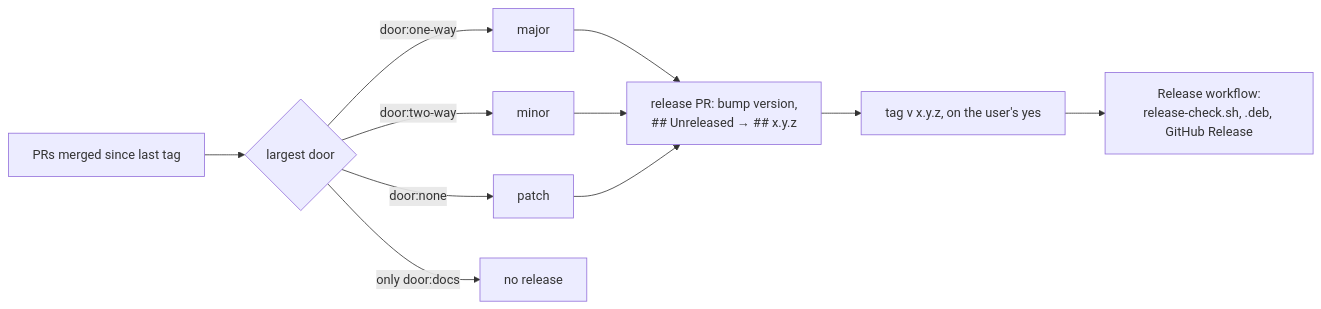
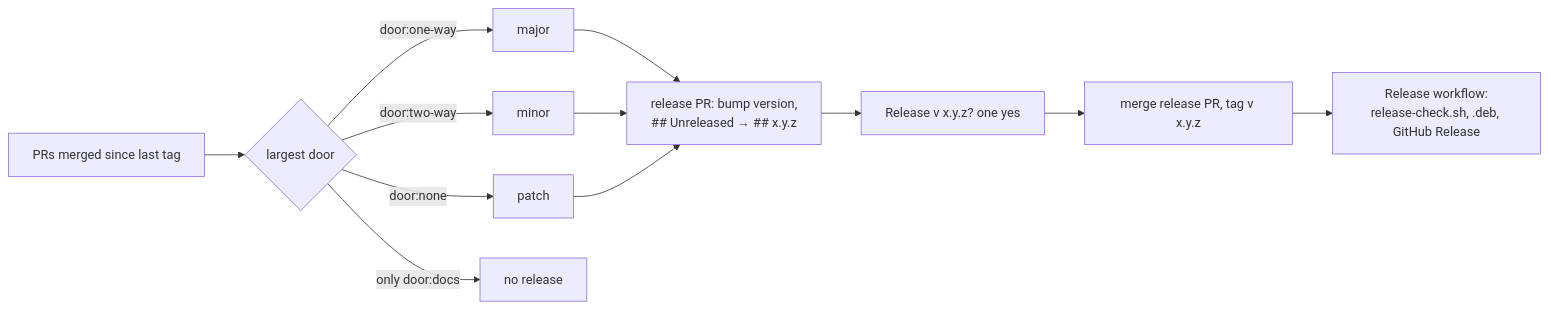
Before and after one commit to Sherlock64/zeni: the fifth of 5 diagrams in docs/workflow.md, drawn with Mermaid. The commit also changed other lines of this file and 23 other files, not shown here.

Commit message:
#208: guides: verifier inside Build, Merge rule 7, evidence branch, run log helper, models per row, dispatcher model check, digest then Learn at shutdown, one Release ask, quoted Shape yes

````diff
--- a/docs/workflow.md
+++ b/docs/workflow.md
@@ -68,9 +67,9 @@
 ```mermaid
 flowchart LR
   M["PRs merged since last tag"] --> D{"largest door"}
   D -- "door:one-way" --> Maj["major"]
   D -- "door:two-way" --> Min["minor"]
   D -- "door:none" --> Pat["patch"]
   D -- "only door:docs" --> No["no release"]
-  Maj & Min & Pat --> RP["release PR: bump version,<br/>## Unreleased → ## x.y.z"] --> Tag["tag v x.y.z, on the user's yes"] --> GH["Release workflow:<br/>release-check.sh, .deb, GitHub Release"]
+  Maj & Min & Pat --> RP["release PR: bump version,<br/>## Unreleased → ## x.y.z"] --> Ask["Release v x.y.z? one yes"] --> Tag["merge release PR, tag v x.y.z"] --> GH["Release workflow:<br/>release-check.sh, .deb, GitHub Release"]
 ```
````
